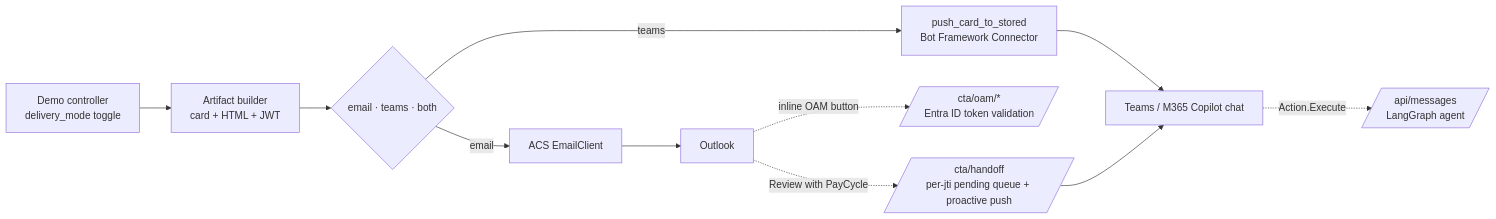
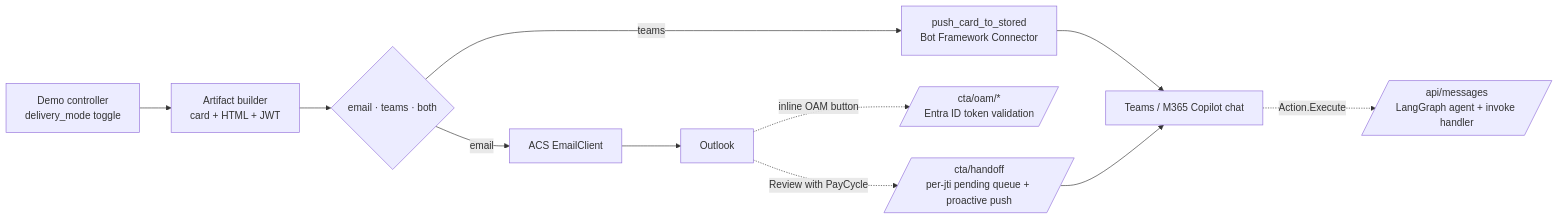
Before and after one commit to james-tn/payroll-m365-demo: the diagram in README.md, drawn with Mermaid. The commit also changed other lines of this file and 4 other files, not shown here.

````diff
--- a/README.md
+++ b/README.md
@@ -54,13 +76,13 @@
 ```mermaid
 flowchart LR
   CTRL[Demo controller<br/>delivery_mode toggle] --> BUILD[Artifact builder<br/>card + HTML + JWT]
   BUILD --> DISPATCH{email · teams · both}
   DISPATCH -- email --> ACS[ACS EmailClient]
   DISPATCH -- teams --> PROACTIVE[push_card_to_stored<br/>Bot Framework Connector]
   ACS --> OUTLOOK[Outlook]
   PROACTIVE --> TEAMS[Teams / M365 Copilot chat]
   OUTLOOK -. "inline OAM button" .-> OAM_EP[/cta/oam/*<br/>Entra ID token validation/]
   OUTLOOK -. "Review with PayCycle" .-> HANDOFF[/cta/handoff<br/>per-jti pending queue + proactive push/]
   HANDOFF --> TEAMS
-  TEAMS -. "Action.Execute" .-> BOT[/api/messages<br/>LangGraph agent/]
+  TEAMS -. "Action.Execute" .-> BOT[/api/messages<br/>LangGraph agent + invoke handler/]
 ```
````
